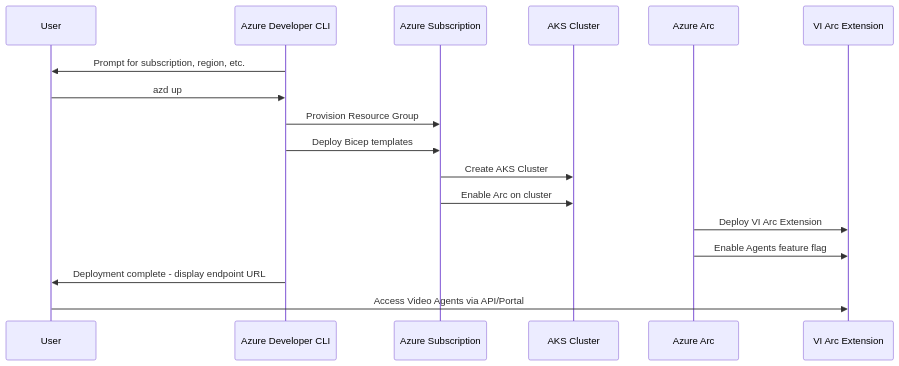
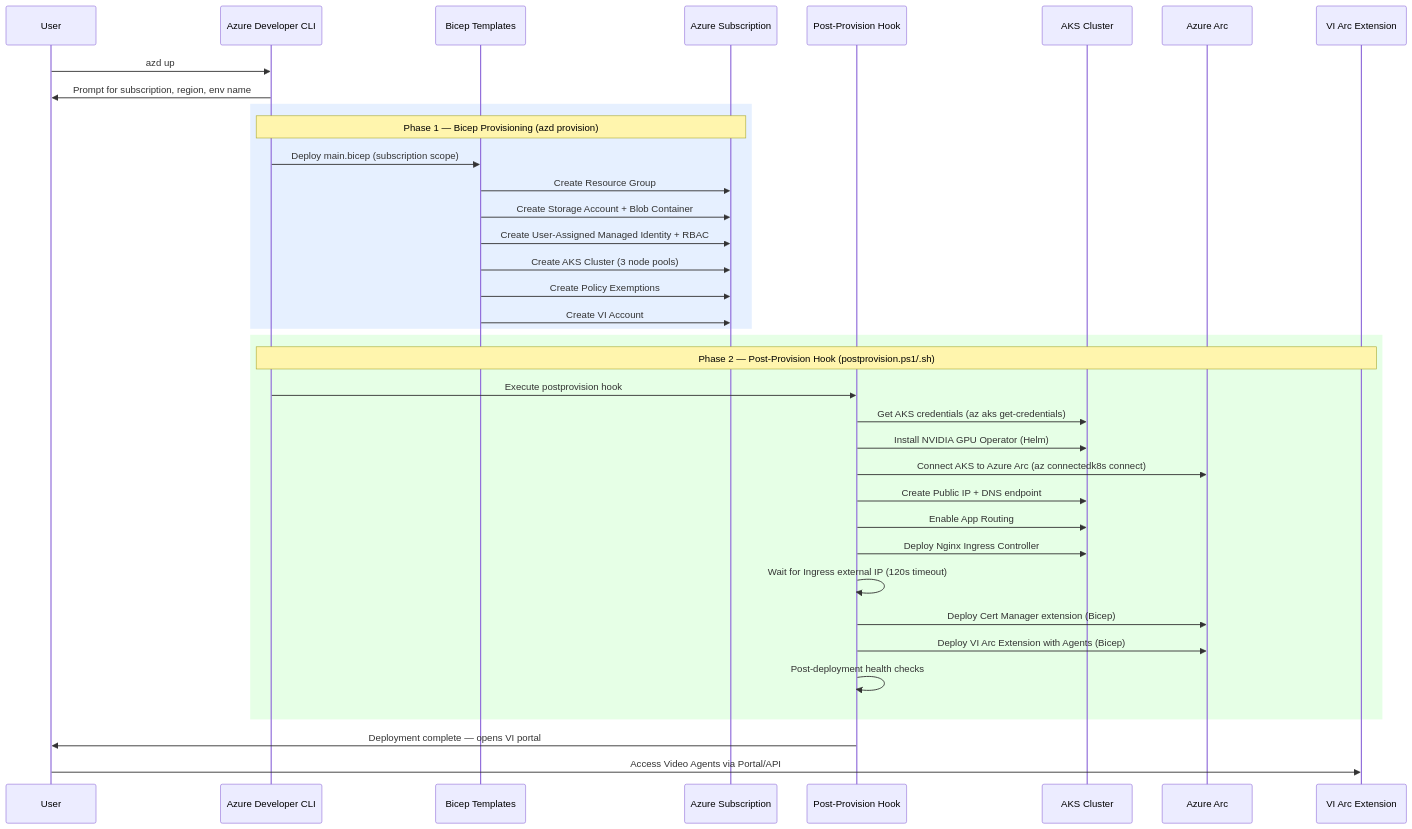
One commit to Azure-Samples/Video-Agents-Foundry-Solution changed the second of 2 diagrams in Video-Agents-Foundry-Solution-prd.md. Above: the diagram before and after it, drawn with Mermaid. The commit also changed other lines of this file and 1 other file, not shown here.

````diff
--- a/Video-Agents-Foundry-Solution-prd.md
+++ b/Video-Agents-Foundry-Solution-prd.md
@@ -215,20 +256,43 @@
 ```mermaid
 sequenceDiagram
     participant User
     participant AZD as Azure Developer CLI
+    participant Bicep as Bicep Templates
     participant Azure as Azure Subscription
+    participant Hook as Post-Provision Hook
     participant AKS as AKS Cluster
     participant Arc as Azure Arc
     participant VI as VI Arc Extension
 
-    AZD->>User: Prompt for subscription, region, etc.
     User->>AZD: azd up
-    AZD->>Azure: Provision Resource Group
-    AZD->>Azure: Deploy Bicep templates
-    Azure->>AKS: Create AKS Cluster
-    Azure->>AKS: Enable Arc on cluster
-    Arc->>VI: Deploy VI Arc Extension
-    Arc->>VI: Enable Agents feature flag
-    AZD->>User: Deployment complete - display endpoint URL
-    User->>VI: Access Video Agents via API/Portal
+    AZD->>User: Prompt for subscription, region, env name
+
+    rect rgb(230, 240, 255)
+    Note over AZD,Azure: Phase 1 — Bicep Provisioning (azd provision)
+    AZD->>Bicep: Deploy main.bicep (subscription scope)
+    Bicep->>Azure: Create Resource Group
+    Bicep->>Azure: Create Storage Account + Blob Container
+    Bicep->>Azure: Create User-Assigned Managed Identity + RBAC
+    Bicep->>Azure: Create AKS Cluster (3 node pools)
+    Bicep->>Azure: Create Policy Exemptions
+    Bicep->>Azure: Create VI Account
+    end
+
+    rect rgb(230, 255, 230)
+    Note over AZD,VI: Phase 2 — Post-Provision Hook (postprovision.ps1/.sh)
+    AZD->>Hook: Execute postprovision hook
+    Hook->>AKS: Get AKS credentials (az aks get-credentials)
+    Hook->>AKS: Install NVIDIA GPU Operator (Helm)
+    Hook->>Arc: Connect AKS to Azure Arc (az connectedk8s connect)
+    Hook->>AKS: Create Public IP + DNS endpoint
+    Hook->>AKS: Enable App Routing
+    Hook->>AKS: Deploy Nginx Ingress Controller
+    Hook->>Hook: Wait for Ingress external IP (120s timeout)
+    Hook->>Arc: Deploy Cert Manager extension (Bicep)
+    Hook->>Arc: Deploy VI Arc Extension with Agents (Bicep)
+    Hook->>Hook: Post-deployment health checks
+    end
+
+    Hook->>User: Deployment complete — opens VI portal
+    User->>VI: Access Video Agents via Portal/API
 ```
````
